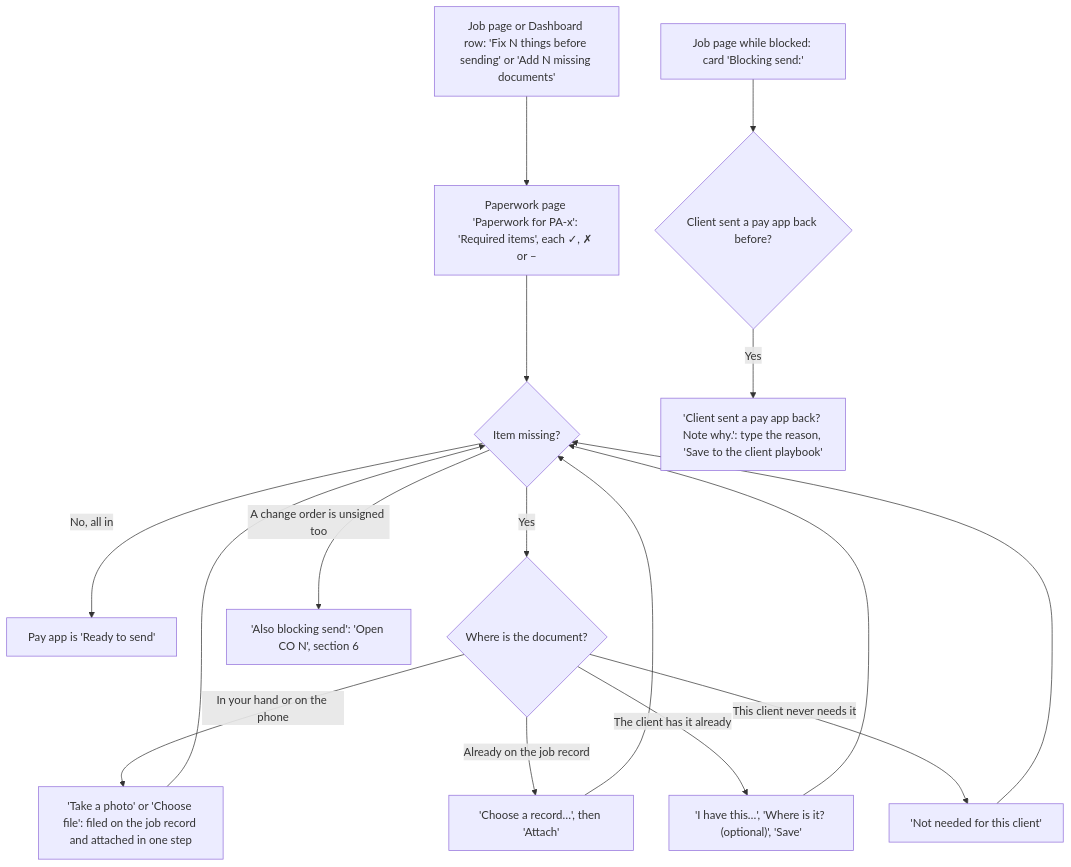
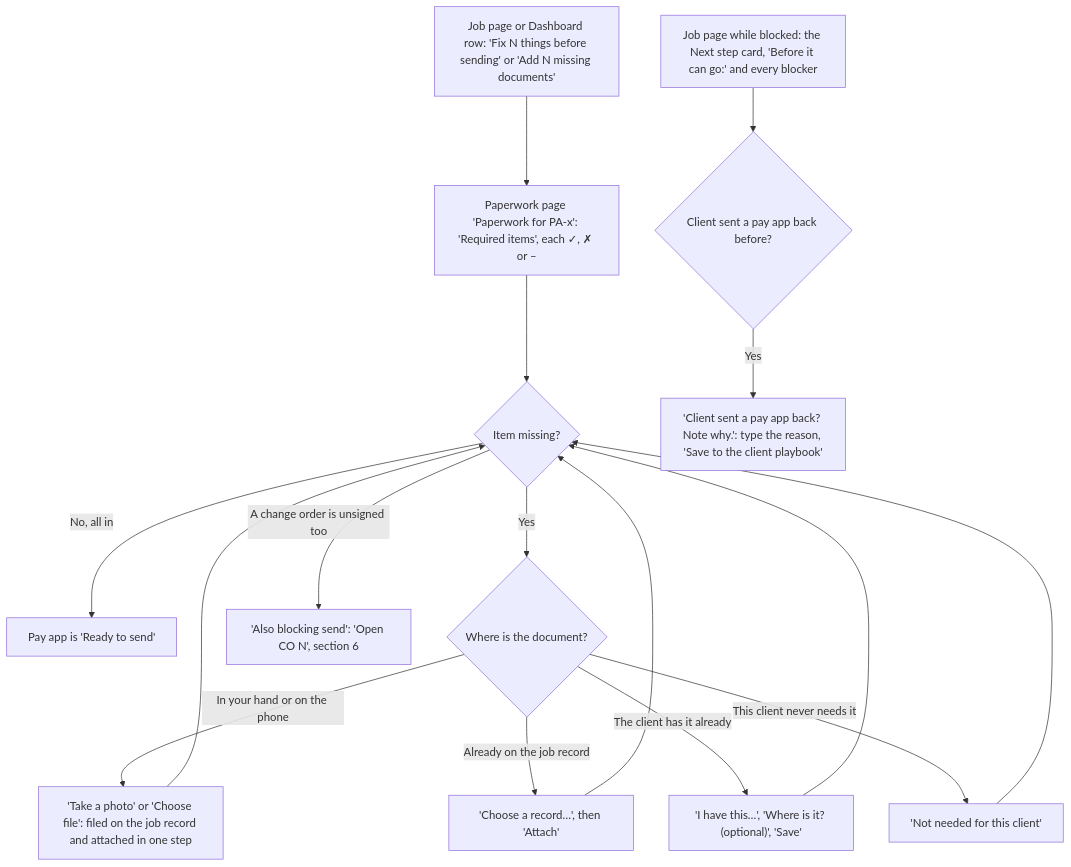
One commit to cartwrightstephen/billdable changed the seventh of 15 diagrams in docs/client-flows.md. Above: the diagram before and after it, drawn with Mermaid. The commit also changed other lines of this file and 13 other files, not shown here.

````diff
--- a/docs/client-flows.md
+++ b/docs/client-flows.md
@@ -266,18 +277,18 @@
 ```mermaid
 flowchart TD
     A["Job page or Dashboard row: 'Fix N things before sending' or 'Add N missing documents'"] --> B["Paperwork page 'Paperwork for PA-x': 'Required items', each ✓, ✗ or –"]
     B --> C{"Item missing?"}
     C -->|"No, all in"| D["Pay app is 'Ready to send'"]
     C -->|"Yes"| E{"Where is the document?"}
     E -->|"In your hand or on the phone"| F["'Take a photo' or 'Choose file': filed on the job record and attached in one step"]
     E -->|"Already on the job record"| G["'Choose a record…', then 'Attach'"]
     E -->|"The client has it already"| H["'I have this…', 'Where is it? (optional)', 'Save'"]
     E -->|"This client never needs it"| I["'Not needed for this client'"]
     F --> C
     G --> C
     H --> C
     I --> C
     C -->|"A change order is unsigned too"| J["'Also blocking send': 'Open CO N', section 6"]
-    T0["Job page while blocked: card 'Blocking send:'"] --> K{"Client sent a pay app back before?"}
+    T0["Job page while blocked: the Next step card, 'Before it can go:' and every blocker"] --> K{"Client sent a pay app back before?"}
     K -->|"Yes"| L["'Client sent a pay app back? Note why.': type the reason, 'Save to the client playbook'"]
 ```
````
